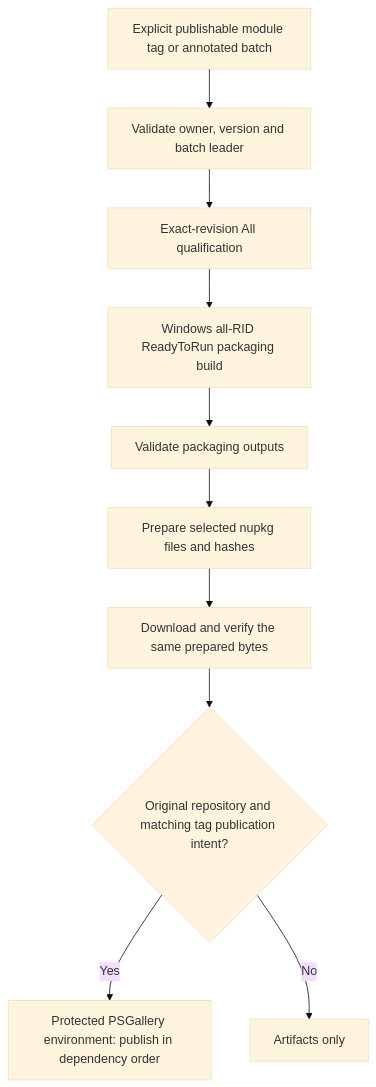
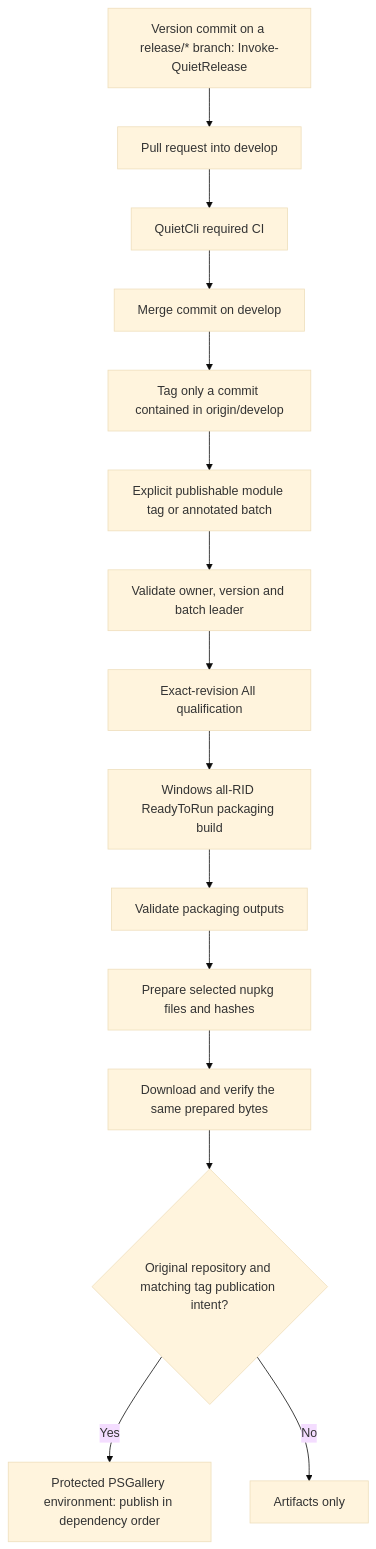
Before and after one commit to FrenchExDev2/QuietCli.PoSh: the fourth of 4 diagrams in docs/ci/execution-model.md, drawn with Mermaid (base theme). The commit also changed other lines of this file and 22 other files, not shown here.

````diff
--- a/docs/ci/execution-model.md
+++ b/docs/ci/execution-model.md
@@ -72,12 +72,17 @@
 ```mermaid
 flowchart TD
+    BUMP[Version commit on a release/* branch: Invoke-QuietRelease] --> PR[Pull request into develop]
+    PR --> REQ[QuietCli required CI]
+    REQ --> MERGE[Merge commit on develop]
+    MERGE --> CONTAINED[Tag only a commit contained in origin/develop]
+    CONTAINED --> TAG
     TAG[Explicit publishable module tag or annotated batch] --> PLAN[Validate owner, version and batch leader]
     PLAN --> Q[Exact-revision All qualification]
     Q --> B[Windows all-RID ReadyToRun packaging build]
     B --> CHECK[Validate packaging outputs]
     CHECK --> PKG[Prepare selected nupkg files and hashes]
     PKG --> VERIFY[Download and verify the same prepared bytes]
     VERIFY --> AUTH{Original repository and matching tag publication intent?}
     AUTH -- Yes --> PUB[Protected PSGallery environment: publish in dependency order]
     AUTH -- No --> ART[Artifacts only]
 ```
````
